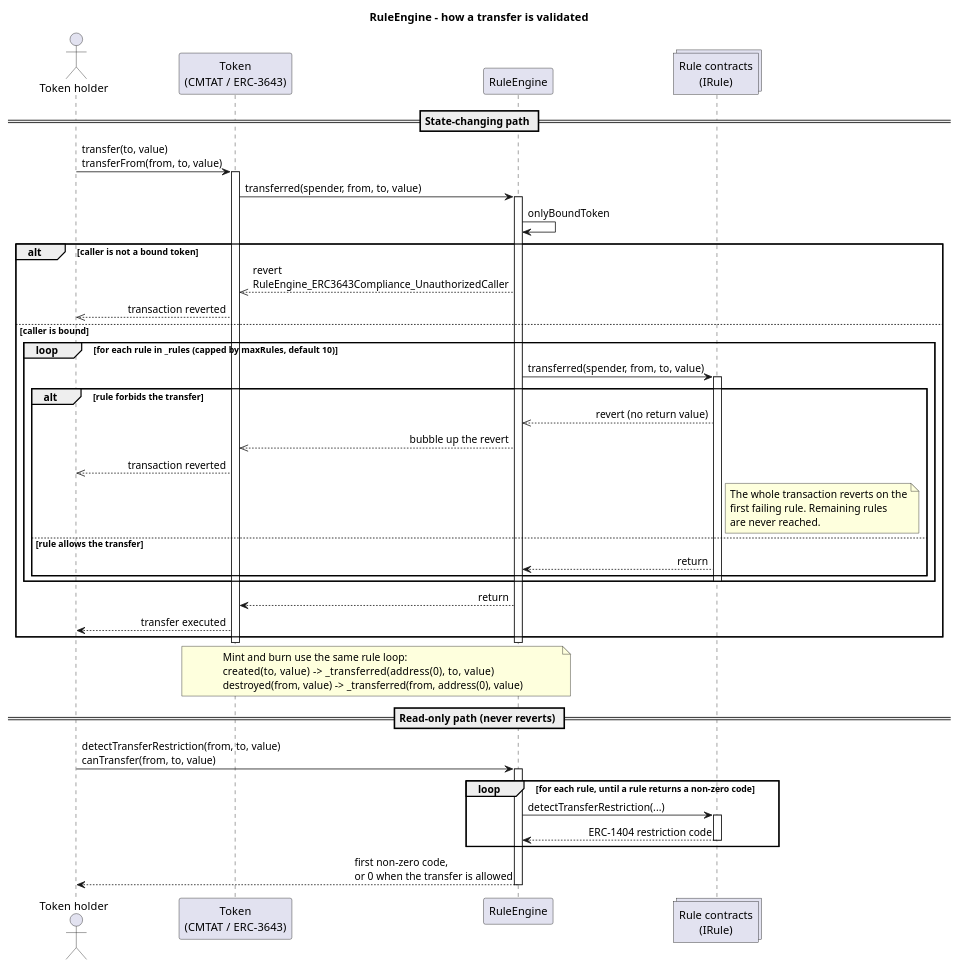
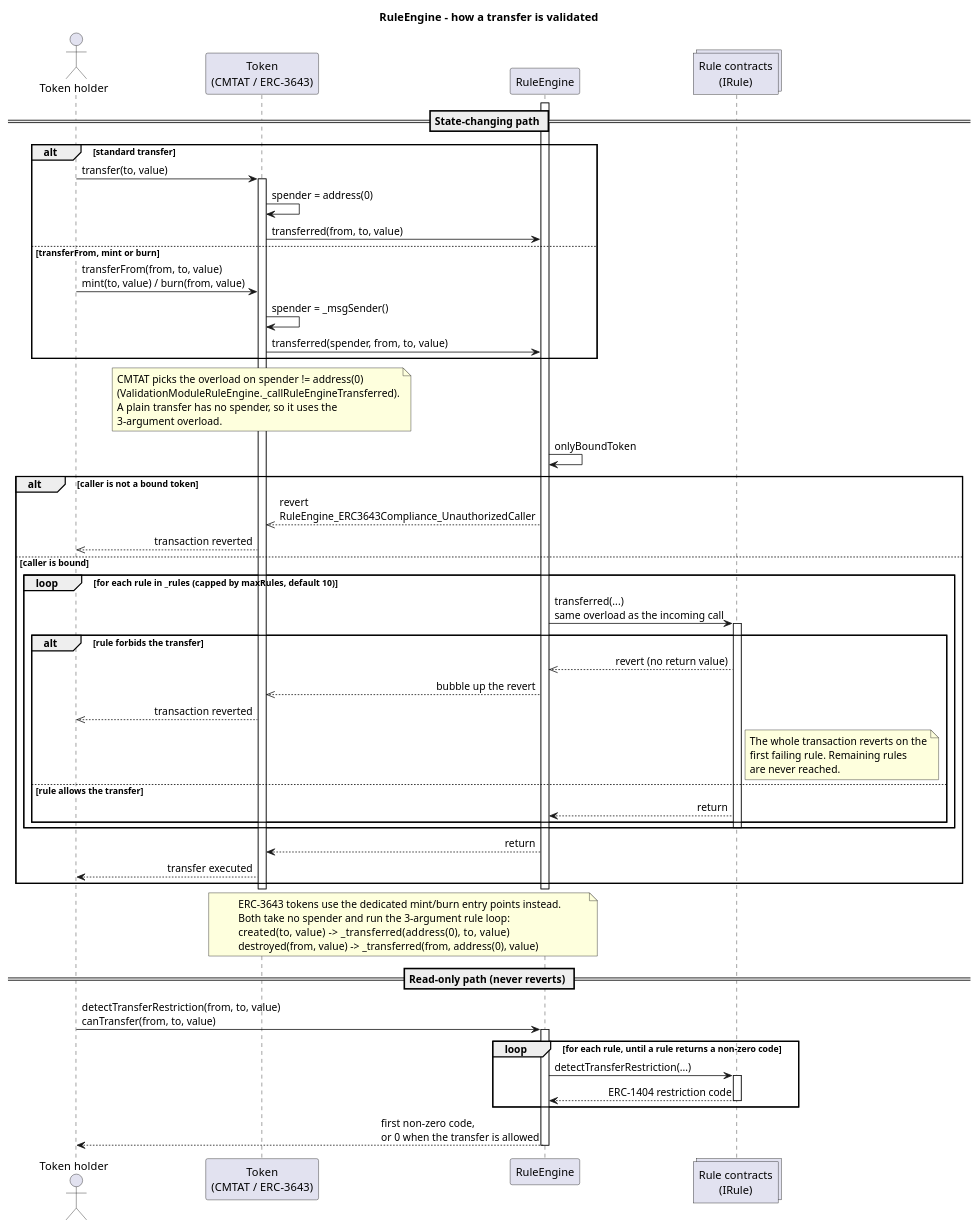
Before and after one commit to CMTA/RuleEngine: the diagram in doc/schema/plantuml/ruleengine-transfer-flow.puml, drawn with PlantUML. The commit also changed 4 other files, not shown here.

Commit message:
Add PlantUML sequence diagram of the transfer validation flow and correct the transferred overload selection in the docs

```diff
--- a/doc/schema/plantuml/ruleengine-transfer-flow.puml
+++ b/doc/schema/plantuml/ruleengine-transfer-flow.puml
@@ -1,70 +1,85 @@
 @startuml
 title RuleEngine - how a transfer is validated
 
 skinparam shadowing false
 skinparam sequenceMessageAlign direction
 skinparam ParticipantPadding 12
 skinparam BoxPadding 12
 
 actor "Token holder" as Holder
 participant "Token\n(CMTAT / ERC-3643)" as Token
 participant "RuleEngine" as Engine
 collections "Rule contracts\n(IRule)" as Rules
 
 == State-changing path ==
 
-Holder -> Token : transfer(to, value)\ntransferFrom(from, to, value)
-activate Token
+alt standard transfer
+    Holder -> Token : transfer(to, value)
+    activate Token
+    Token -> Token : spender = address(0)
+    Token -> Engine : transferred(from, to, value)
+else transferFrom, mint or burn
+    Holder -> Token : transferFrom(from, to, value)\nmint(to, value) / burn(from, value)
+    Token -> Token : spender = _msgSender()
+    Token -> Engine : transferred(spender, from, to, value)
+end
 
-Token -> Engine : transferred(spender, from, to, value)
+note over Token
+    CMTAT picks the overload on spender != address(0)
+    (ValidationModuleRuleEngine._callRuleEngineTransferred).
+    A plain transfer has no spender, so it uses the
+    3-argument overload.
+end note
+
 activate Engine
 
 Engine -> Engine : onlyBoundToken
 
 alt caller is not a bound token
     Engine -->> Token : revert\nRuleEngine_ERC3643Compliance_UnauthorizedCaller
     Token -->> Holder : transaction reverted
 else caller is bound
     loop for each rule in _rules (capped by maxRules, default 10)
-        Engine -> Rules : transferred(spender, from, to, value)
+        Engine -> Rules : transferred(...)\nsame overload as the incoming call
         activate Rules
         alt rule forbids the transfer
             Rules -->> Engine : revert (no return value)
             Engine -->> Token : bubble up the revert
             Token -->> Holder : transaction reverted
             note right of Rules
                 The whole transaction reverts on the
                 first failing rule. Remaining rules
                 are never reached.
             end note
         else rule allows the transfer
             Rules --> Engine : return
         end
         deactivate Rules
     end
     Engine --> Token : return
     Token --> Holder : transfer executed
 end
 deactivate Engine
 deactivate Token
 
 note over Token, Engine
-    Mint and burn use the same rule loop:
+    ERC-3643 tokens use the dedicated mint/burn entry points instead.
+    Both take no spender and run the 3-argument rule loop:
     created(to, value)     -> _transferred(address(0), to, value)
     destroyed(from, value) -> _transferred(from, address(0), value)
 end note
 
 == Read-only path (never reverts) ==
 
 Holder -> Engine : detectTransferRestriction(from, to, value)\ncanTransfer(from, to, value)
 activate Engine
 loop for each rule, until a rule returns a non-zero code
     Engine -> Rules : detectTransferRestriction(...)
     activate Rules
     Rules --> Engine : ERC-1404 restriction code
     deactivate Rules
 end
 Engine --> Holder : first non-zero code,\nor 0 when the transfer is allowed
 deactivate Engine
 
 @enduml
```
